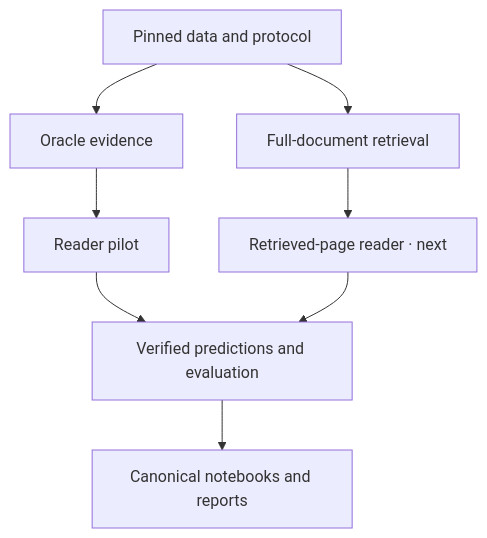
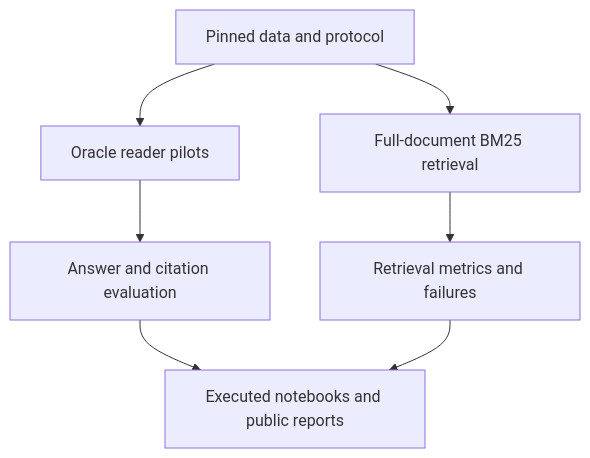
One commit to alvaromendizabal/lava-aws-multilingual-docvqa changed the diagram in docs/architecture.md. Above: the diagram before and after it, drawn with Mermaid. The commit also changed other lines of this file and 12 other files, not shown here.

````diff
--- a/docs/architecture.md
+++ b/docs/architecture.md
@@ -5,10 +5,9 @@
 ```mermaid
 flowchart TD
-    P["Pinned data and protocol"] --> O["Oracle evidence"]
-    P --> R["Full-document retrieval"]
-    O --> M["Reader pilot"]
-    R --> I["Retrieved-page reader · next"]
-    M --> E["Verified predictions and evaluation"]
-    I --> E
-    E --> N["Canonical notebooks and reports"]
+    P["Pinned data and protocol"] --> O["Oracle reader pilots"]
+    P --> R["Full-document BM25 retrieval"]
+    O --> E["Answer and citation evaluation"]
+    R --> Q["Retrieval metrics and failures"]
+    E --> N["Executed notebooks and public reports"]
+    Q --> N
 ```
````
